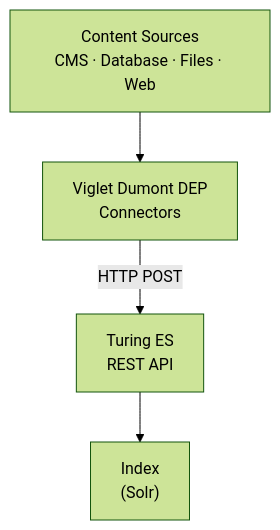
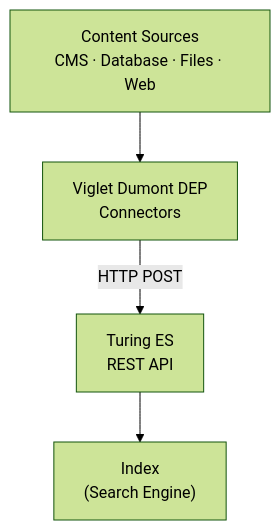
The first of 2 diagrams in docs-turing/getting-started/core-concepts.md (openviglet/docs), drawn with Mermaid (forest theme) before and after one commit. The commit also changed other lines of this file and 21 other files, not shown here.

````diff
--- a/docs-turing/getting-started/core-concepts.md
+++ b/docs-turing/getting-started/core-concepts.md
@@ -36,11 +36,11 @@
 ```mermaid
 graph TB
     SRC["Content Sources\nCMS · Database · Files · Web"]
     DEP["Viglet Dumont DEP\nConnectors"]
     TES["Turing ES\nREST API"]
-    IDX["Index\n(Solr)"]
+    IDX["Index\n(Search Engine)"]
 
     SRC --> DEP
     DEP -->|"HTTP POST"| TES
     TES --> IDX
 ```
````
